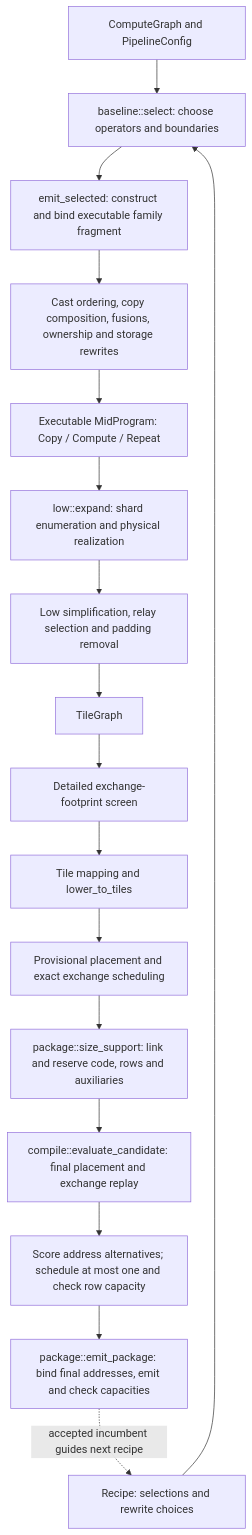
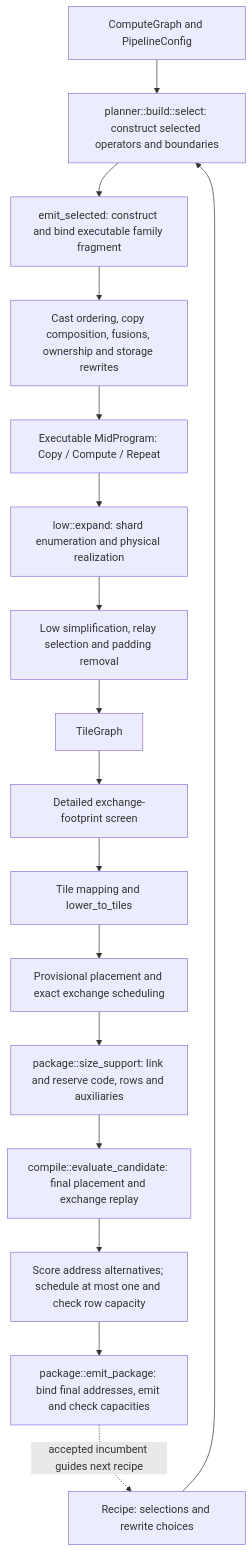
One commit to osmarks/ipu-stack changed the first of 3 diagrams in docs/COMPILER_DATA_FLOW.md. Above: the diagram before and after it, drawn with Mermaid. The commit also changed other lines of this file and 64 other files, not shown here.

````diff
--- a/docs/COMPILER_DATA_FLOW.md
+++ b/docs/COMPILER_DATA_FLOW.md
@@ -51,19 +53,19 @@
 ```mermaid
 flowchart TD
-  G[ComputeGraph and PipelineConfig] --> P[baseline::select: choose operators and boundaries]
+  G[ComputeGraph and PipelineConfig] --> P[planner::build::select: construct selected operators and boundaries]
   R[Recipe: selections and rewrite choices] --> P
   P --> I[emit_selected: construct and bind executable family fragment]
   I --> W[Cast ordering, copy composition, fusions, ownership and storage rewrites]
   W --> M[Executable MidProgram: Copy / Compute / Repeat]
   M --> E[low::expand: shard enumeration and physical realization]
   E --> O[Low simplification, relay selection and padding removal]
   O --> T[TileGraph]
   T --> F[Detailed exchange-footprint screen]
   F --> L[Tile mapping and lower_to_tiles]
   L --> V[Provisional placement and exact exchange scheduling]
   V --> S[package::size_support: link and reserve code, rows and auxiliaries]
   S --> B[compile::evaluate_candidate: final placement and exchange replay]
   B --> C[Score address alternatives; schedule at most one and check row capacity]
   C --> A[package::emit_package: bind final addresses, emit and check capacities]
   A -. accepted incumbent guides next recipe .-> R
 ```
````
